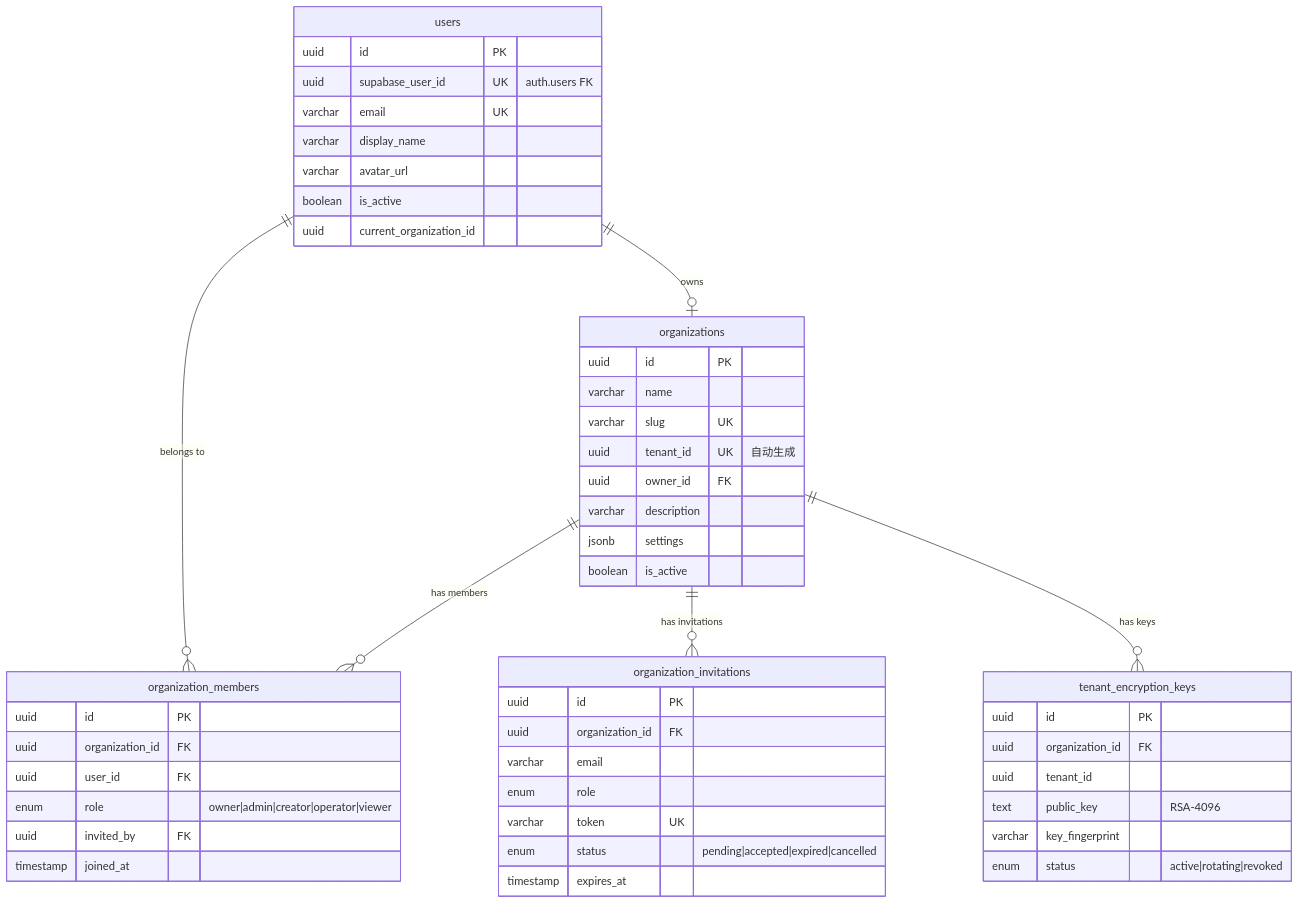
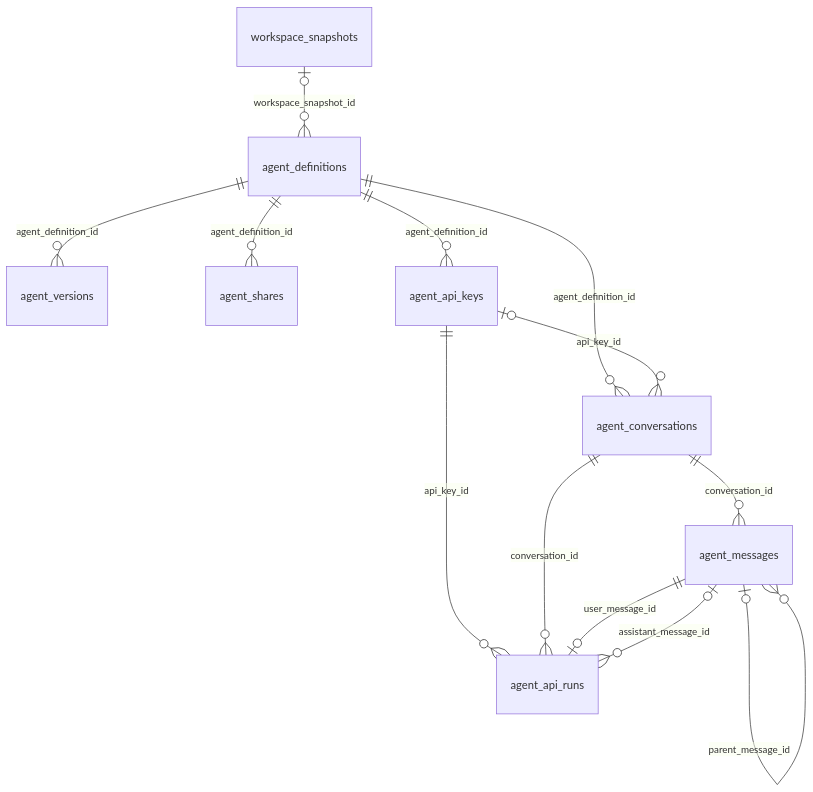
The third of 8 diagrams in agentloom-docs/dev/server/database.md (Lynricsy/AgentLoom), drawn with Mermaid before and after one commit. The commit also changed other lines of this file and 10 other files, not shown here.

````diff
--- a/agentloom-docs/dev/server/database.md
+++ b/agentloom-docs/dev/server/database.md
@@ -201,57 +77,15 @@
 ```mermaid
 erDiagram
-    users {
-        uuid id PK
-        uuid supabase_user_id UK "auth.users FK"
-        varchar email UK
-        varchar display_name
-        varchar avatar_url
-        boolean is_active
-        uuid current_organization_id
-    }
-
-    organizations {
-        uuid id PK
-        varchar name
-        varchar slug UK
-        uuid tenant_id UK "自动生成"
-        uuid owner_id FK
-        varchar description
-        jsonb settings
-        boolean is_active
-    }
-
-    organization_members {
-        uuid id PK
-        uuid organization_id FK
-        uuid user_id FK
-        enum role "owner|admin|creator|operator|viewer"
-        uuid invited_by FK
-        timestamp joined_at
-    }
-
-    organization_invitations {
-        uuid id PK
-        uuid organization_id FK
-        varchar email
-        enum role
-        varchar token UK
-        enum status "pending|accepted|expired|cancelled"
-        timestamp expires_at
-    }
-
-    tenant_encryption_keys {
-        uuid id PK
-        uuid organization_id FK
-        uuid tenant_id
-        text public_key "RSA-4096"
-        varchar key_fingerprint
-        enum status "active|rotating|revoked"
-    }
-
-    users ||--o{ organization_members : "belongs to"
-    organizations ||--o{ organization_members : "has members"
-    organizations ||--o{ organization_invitations : "has invitations"
-    organizations ||--o{ tenant_encryption_keys : "has keys"
-    users ||--o| organizations : "owns"
+    agent_definitions ||--o{ agent_versions : "agent_definition_id"
+    agent_definitions ||--o{ agent_shares : "agent_definition_id"
+    agent_definitions ||--o{ agent_conversations : "agent_definition_id"
+    agent_conversations ||--o{ agent_messages : "conversation_id"
+    agent_messages |o--o{ agent_messages : "parent_message_id"
+    workspace_snapshots |o--o{ agent_definitions : "workspace_snapshot_id"
+    agent_definitions ||--o{ agent_api_keys : "agent_definition_id"
+    agent_api_keys |o--o{ agent_conversations : "api_key_id"
+    agent_api_keys ||--o{ agent_api_runs : "api_key_id"
+    agent_conversations ||--o{ agent_api_runs : "conversation_id"
+    agent_messages ||--o| agent_api_runs : "user_message_id"
+    agent_messages |o--o{ agent_api_runs : "assistant_message_id"
 ```
````
